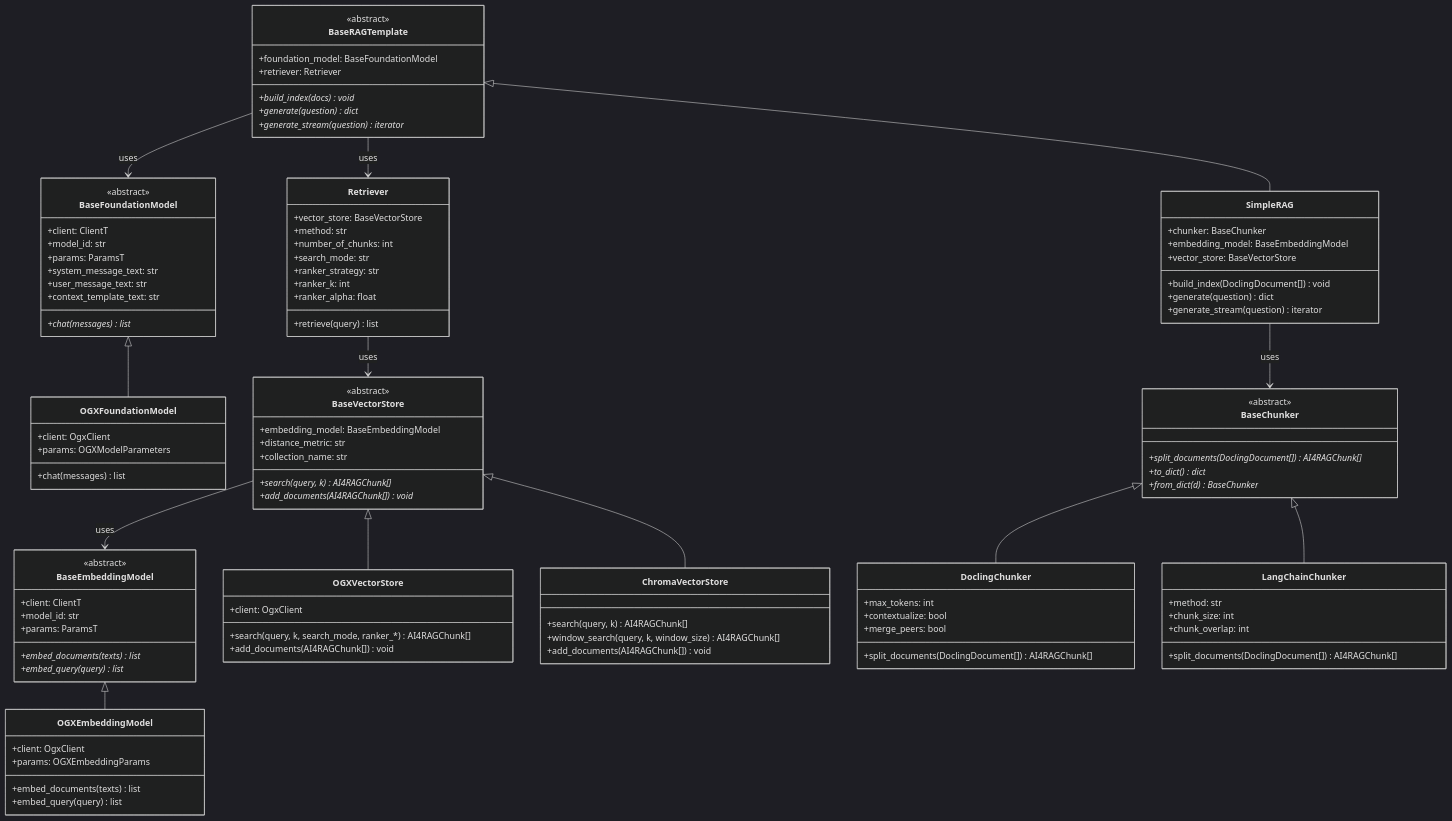
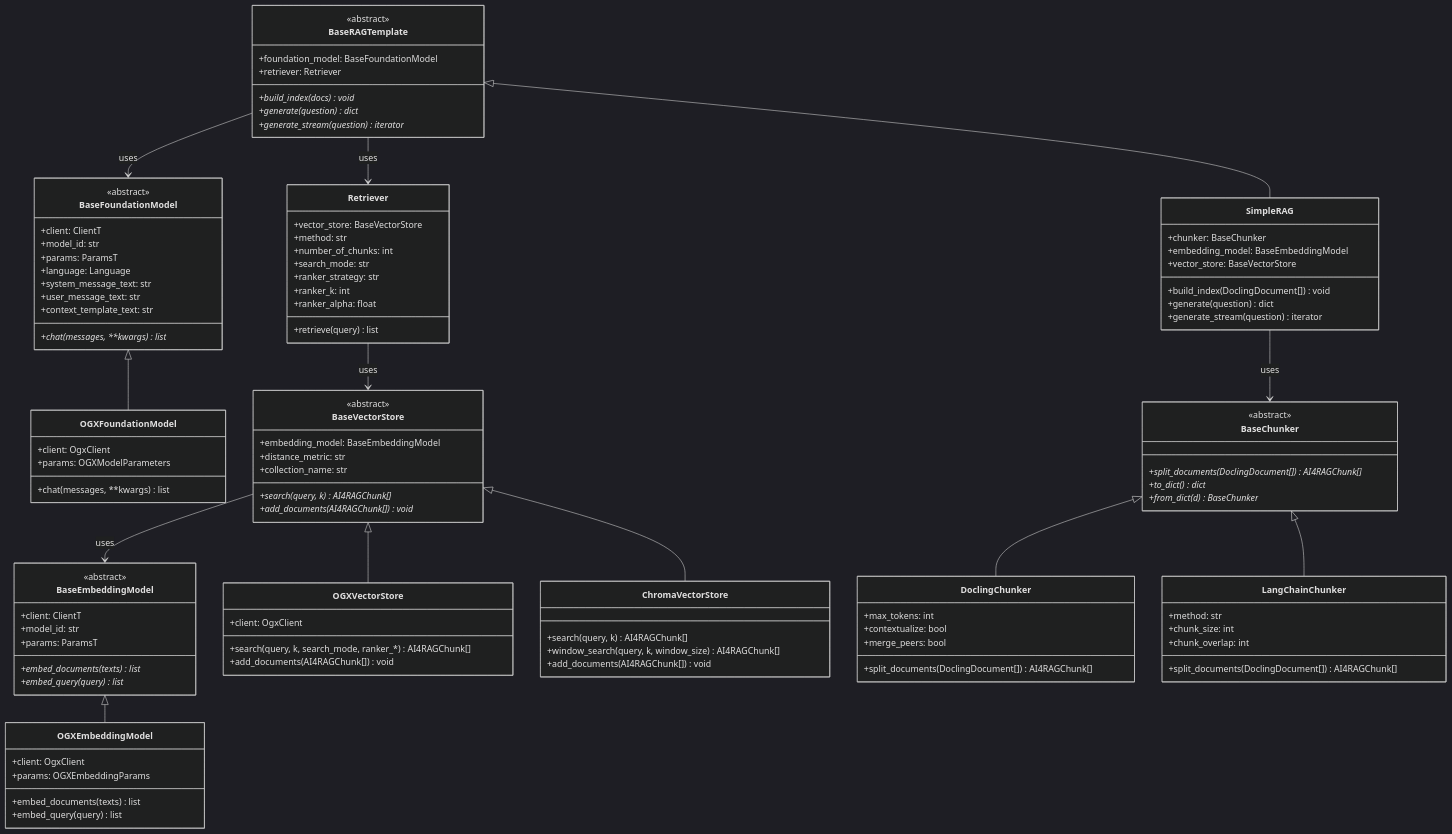
The diagram in docs/architecture/rag-components.md (IBM/ai4rag), drawn with Mermaid (dark theme) before and after one commit. The commit also changed other lines of this file and 5 other files, not shown here.

```diff
--- a/docs/architecture/rag-components.md
+++ b/docs/architecture/rag-components.md
@@ -13,16 +13,17 @@
         +client: ClientT
         +model_id: str
         +params: ParamsT
+        +language: Language
         +system_message_text: str
         +user_message_text: str
         +context_template_text: str
-        +chat(messages)* list
+        +chat(messages, **kwargs)* list
     }
 
     class OGXFoundationModel {
         +client: OgxClient
         +params: OGXModelParameters
-        +chat(messages) list
+        +chat(messages, **kwargs) list
     }
 
     class BaseEmbeddingModel {
```
